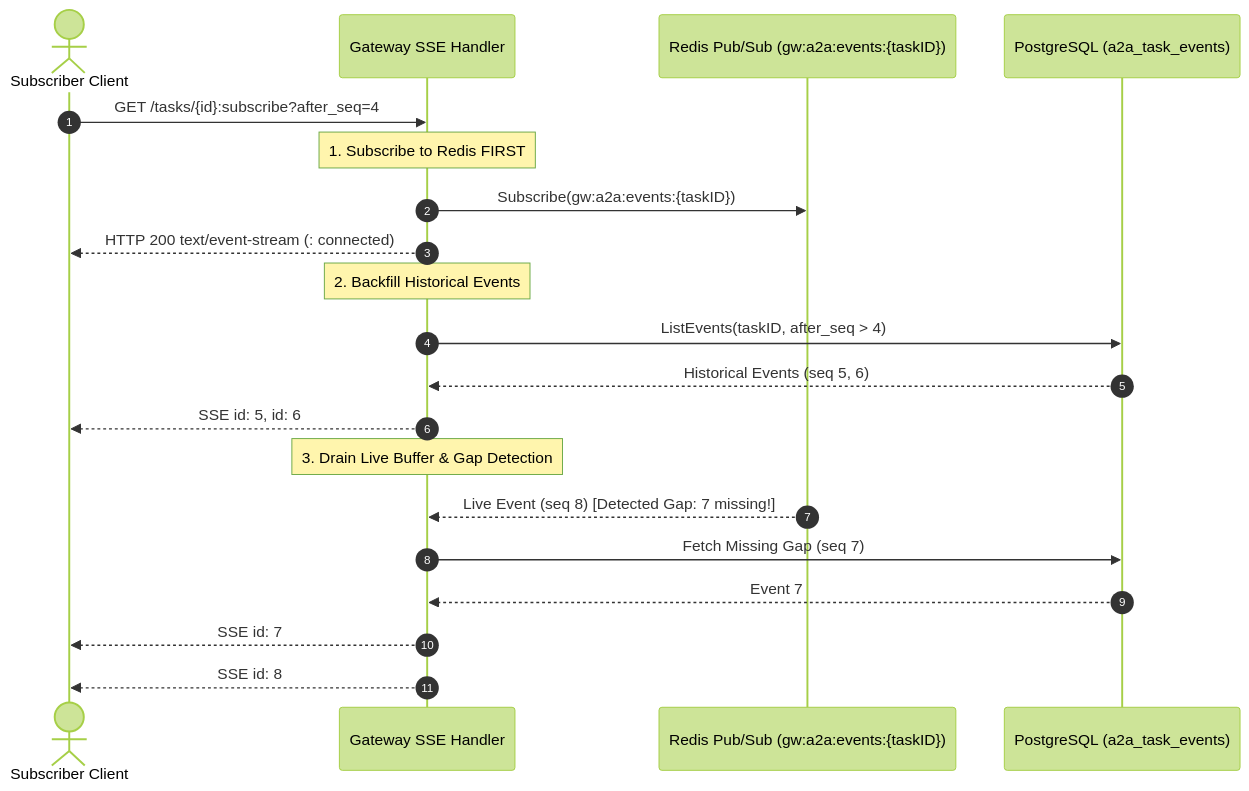
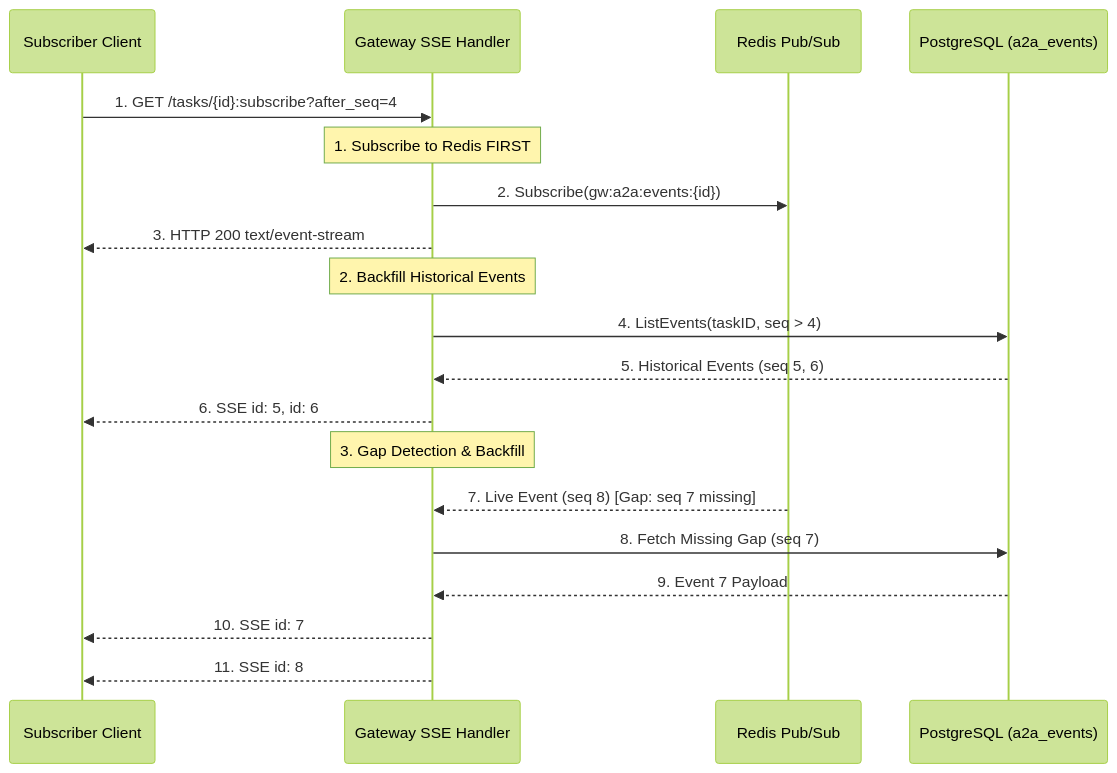
Before and after one commit to goroute-ai/goroute-ai.github.io: the second of 3 diagrams in docs/protocols/a2a-overview.md, drawn with Mermaid (forest theme). The commit also changed 12 other files, not shown here.

Commit message:
fix(mermaid): overhaul sequence diagrams, eliminate parser drops, and polish styling

````diff
--- a/docs/protocols/a2a-overview.md
+++ b/docs/protocols/a2a-overview.md
@@ -88,25 +88,22 @@
 ```mermaid
 sequenceDiagram
-    autonumber
-    actor Client as Subscriber Client
+    participant Client as Subscriber Client
     participant GW as Gateway SSE Handler
-    participant Redis as Redis Pub/Sub (gw:a2a:events:{taskID})
-    participant DB as PostgreSQL (a2a_task_events)
+    participant Redis as Redis Pub/Sub
+    participant DB as PostgreSQL (a2a_events)
 
-    Client->>GW: GET /tasks/{id}:subscribe?after_seq=4
+    Client->>GW: 1. GET /tasks/{id}:subscribe?after_seq=4
     Note over GW: 1. Subscribe to Redis FIRST
-    GW->>Redis: Subscribe(gw:a2a:events:{taskID})
-    GW-->>Client: HTTP 200 text/event-stream (: connected)
-    
+    GW->>Redis: 2. Subscribe(gw:a2a:events:{id})
+    GW-->>Client: 3. HTTP 200 text/event-stream
     Note over GW: 2. Backfill Historical Events
-    GW->>DB: ListEvents(taskID, after_seq > 4)
-    DB-->>GW: Historical Events (seq 5, 6)
-    GW-->>Client: SSE id: 5, id: 6
-    
-    Note over GW: 3. Drain Live Buffer & Gap Detection
-    Redis-->>GW: Live Event (seq 8) [Detected Gap: 7 missing!]
-    GW->>DB: Fetch Missing Gap (seq 7)
-    DB-->>GW: Event 7
-    GW-->>Client: SSE id: 7
-    GW-->>Client: SSE id: 8
+    GW->>DB: 4. ListEvents(taskID, seq > 4)
+    DB-->>GW: 5. Historical Events (seq 5, 6)
+    GW-->>Client: 6. SSE id: 5, id: 6
+    Note over GW: 3. Gap Detection & Backfill
+    Redis-->>GW: 7. Live Event (seq 8) [Gap: seq 7 missing]
+    GW->>DB: 8. Fetch Missing Gap (seq 7)
+    DB-->>GW: 9. Event 7 Payload
+    GW-->>Client: 10. SSE id: 7
+    GW-->>Client: 11. SSE id: 8
 ```
````
